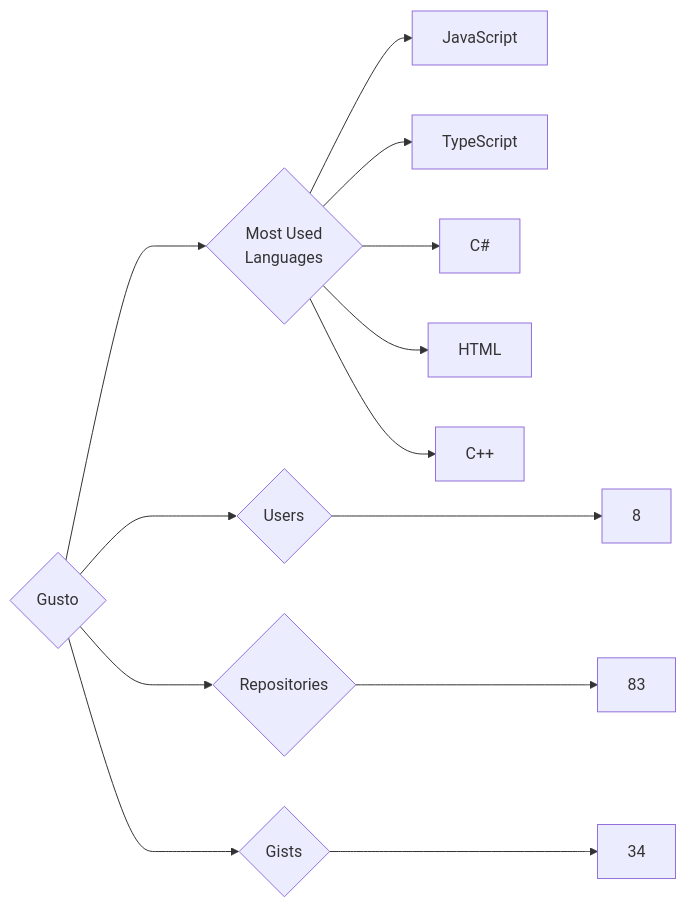
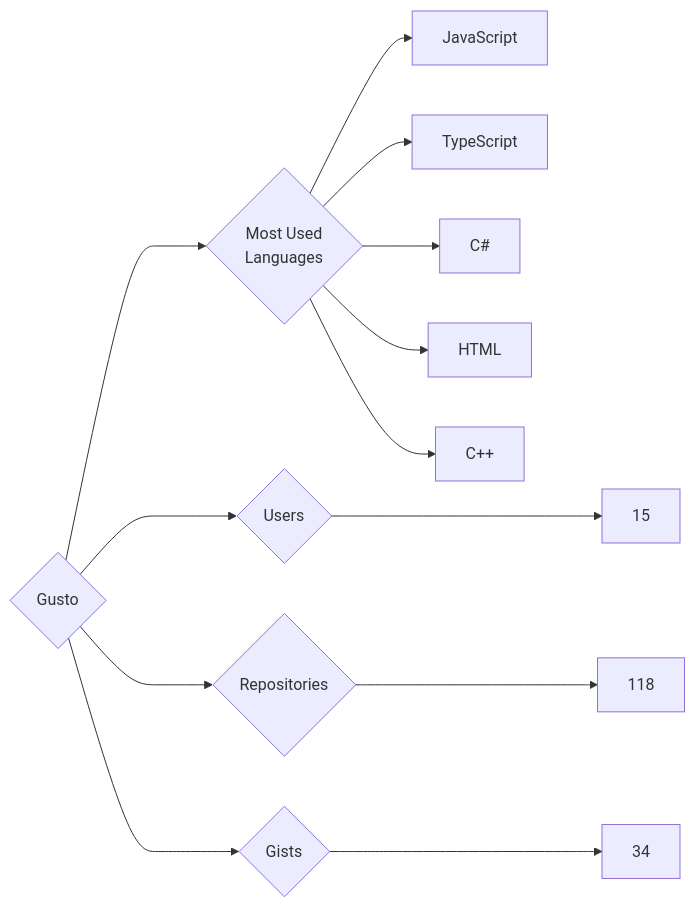
Before and after one commit to trickest/insiders: the diagram in targets/Gusto/README.md, drawn with Mermaid. The commit also changed 894 other files, not shown here.

````diff
--- a/targets/Gusto/README.md
+++ b/targets/Gusto/README.md
@@ -3,13 +3,13 @@
 ```mermaid
 graph LR
 COMPANY_NAME{Gusto}
-COMPANY_NAME ---> U{Users} ---> UN[8]
-COMPANY_NAME ---> R{Repositories} ---> RN[83]
+COMPANY_NAME ---> U{Users} ---> UN[15]
+COMPANY_NAME ---> R{Repositories} ---> RN[118]
 COMPANY_NAME ---> G{Gists} ---> GN[34]
 COMPANY_NAME ---> ML{Most Used<br>Languages}
 ML --> JavaScript[JavaScript]
 ML --> TypeScript[TypeScript]
 ML --> C#[C#]
 ML --> HTML[HTML]
 ML --> C++[C++]
 ```
````
